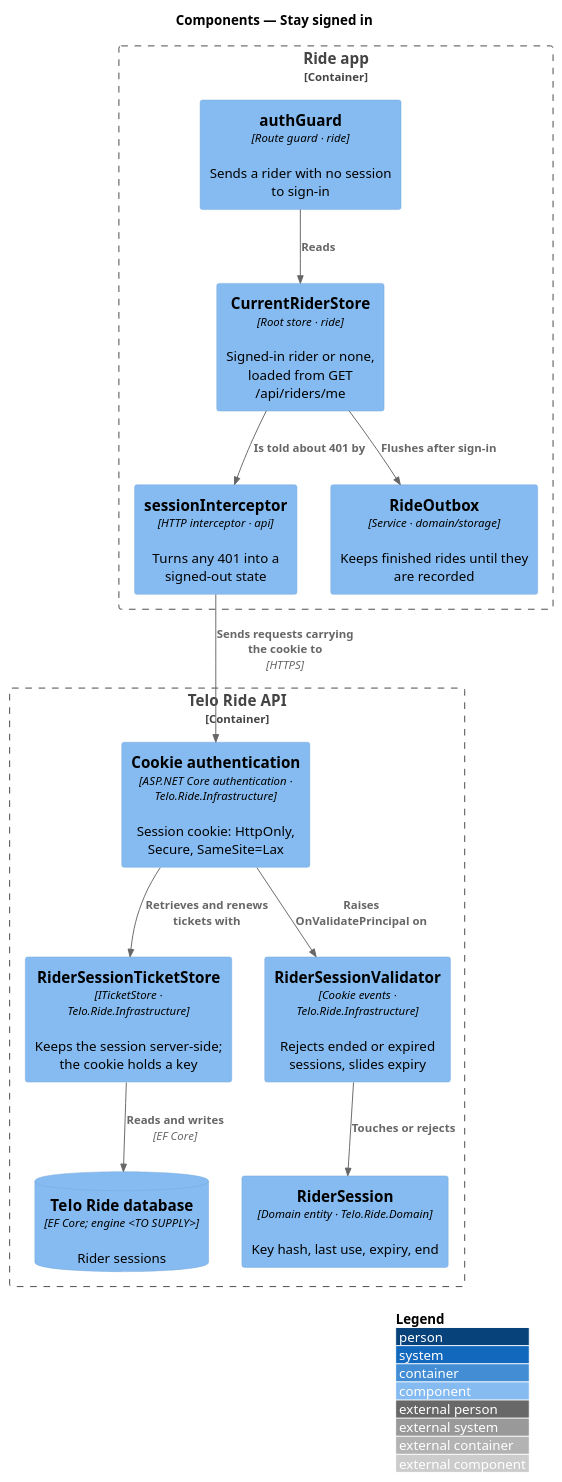
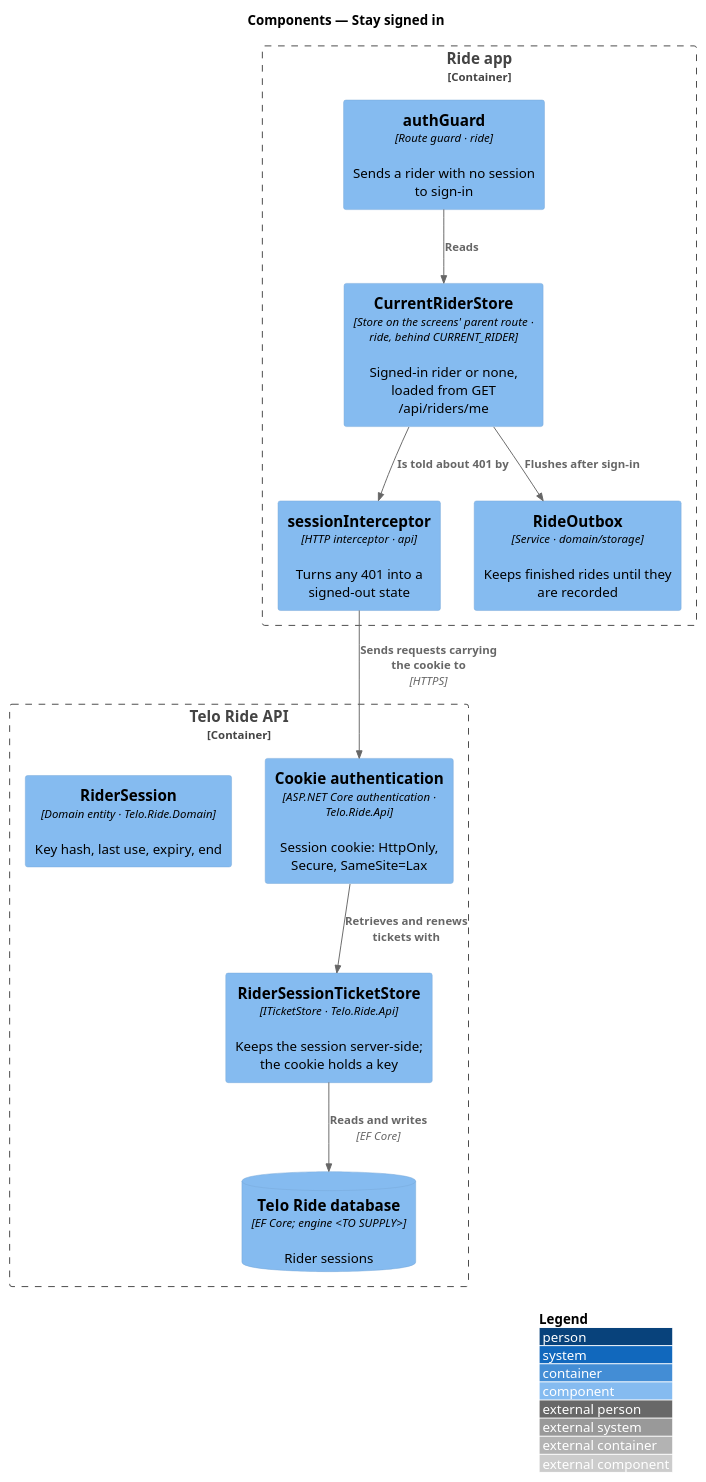
Before and after one commit to QuinntyneBrown/ride-one: the diagram in docs/detailed-designs/accounts/stay-signed-in/diagrams/c4-component.puml, drawn with PlantUML. The commit also changed 19 other files, not shown here.

```diff
--- a/docs/detailed-designs/accounts/stay-signed-in/diagrams/c4-component.puml
+++ b/docs/detailed-designs/accounts/stay-signed-in/diagrams/c4-component.puml
@@ -1,26 +1,23 @@
 @startuml
 !include <C4/C4_Component>
 LAYOUT_WITH_LEGEND()
 title Components — Stay signed in
 Container_Boundary(app, "Ride app") {
-  Component(current, "CurrentRiderStore", "Root store · ride", "Signed-in rider or none, loaded from GET /api/riders/me")
+  Component(current, "CurrentRiderStore", "Store on the screens' parent route · ride, behind CURRENT_RIDER", "Signed-in rider or none, loaded from GET /api/riders/me")
   Component(interceptor, "sessionInterceptor", "HTTP interceptor · api", "Turns any 401 into a signed-out state")
   Component(guard, "authGuard", "Route guard · ride", "Sends a rider with no session to sign-in")
   Component(outbox, "RideOutbox", "Service · domain/storage", "Keeps finished rides until they are recorded")
 }
 Container_Boundary(api, "Telo Ride API") {
-  Component(cookie, "Cookie authentication", "ASP.NET Core authentication · Telo.Ride.Infrastructure", "Session cookie: HttpOnly, Secure, SameSite=Lax")
-  Component(store, "RiderSessionTicketStore", "ITicketStore · Telo.Ride.Infrastructure", "Keeps the session server-side; the cookie holds a key")
-  Component(validator, "RiderSessionValidator", "Cookie events · Telo.Ride.Infrastructure", "Rejects ended or expired sessions, slides expiry")
+  Component(cookie, "Cookie authentication", "ASP.NET Core authentication · Telo.Ride.Api", "Session cookie: HttpOnly, Secure, SameSite=Lax")
+  Component(store, "RiderSessionTicketStore", "ITicketStore · Telo.Ride.Api", "Keeps the session server-side; the cookie holds a key")
   Component(session, "RiderSession", "Domain entity · Telo.Ride.Domain", "Key hash, last use, expiry, end")
   ComponentDb(db, "Telo Ride database", "EF Core; engine <TO SUPPLY>", "Rider sessions")
 }
 Rel(current, interceptor, "Is told about 401 by")
 Rel(guard, current, "Reads")
 Rel(current, outbox, "Flushes after sign-in")
 Rel(interceptor, cookie, "Sends requests carrying the cookie to", "HTTPS")
 Rel(cookie, store, "Retrieves and renews tickets with")
-Rel(cookie, validator, "Raises OnValidatePrincipal on")
-Rel(validator, session, "Touches or rejects")
 Rel(store, db, "Reads and writes", "EF Core")
 @enduml
```
